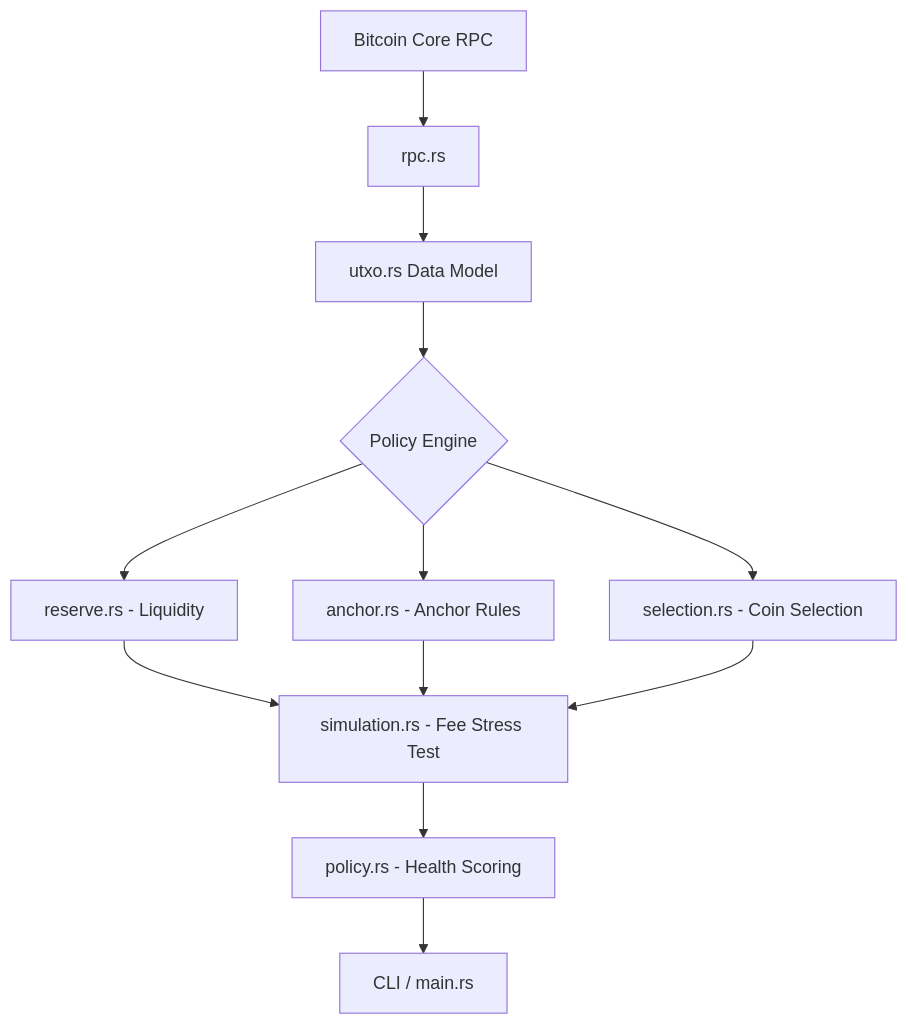
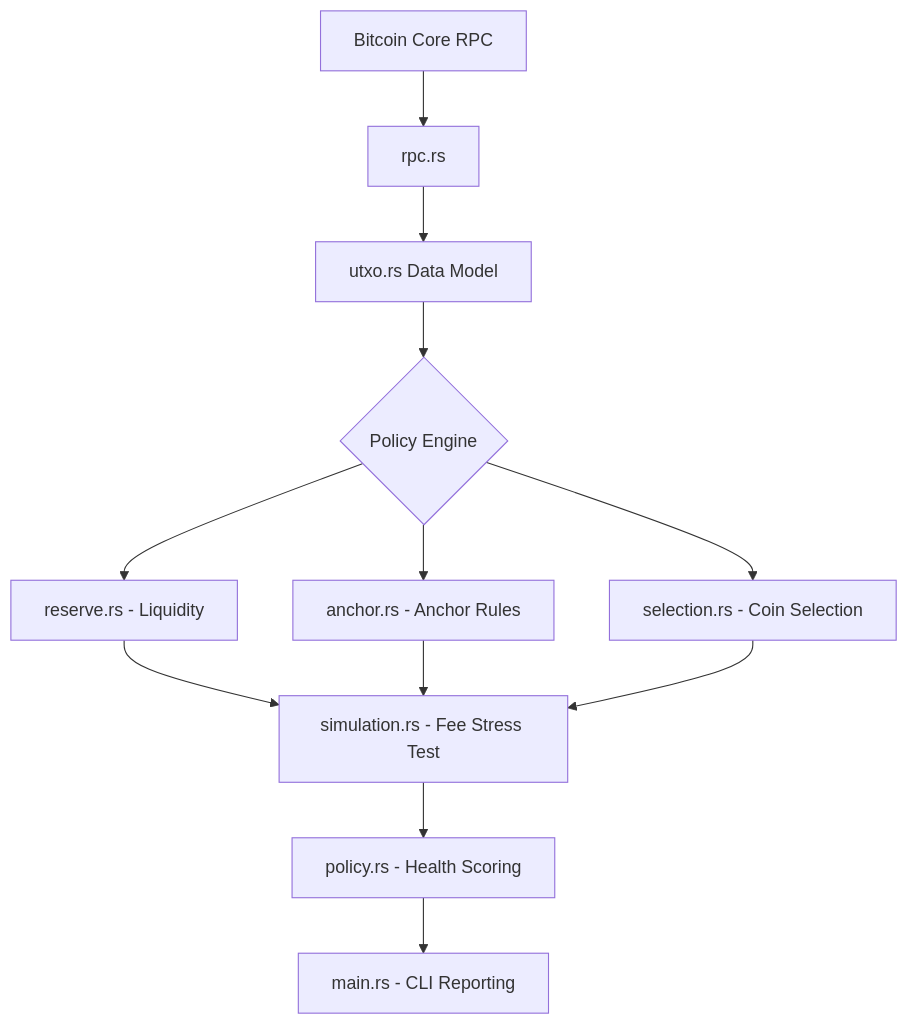
The diagram in README.md (Ugarba202/Lightning-UTXO-Anchor-Manager), drawn with Mermaid before and after one commit. The commit also changed 2 other files, not shown here.

Commit message:
feat: complete LinkedIn post alignment with visual dashboard and risk scoring

````diff
--- a/README.md
+++ b/README.md
@@ -41,12 +41,12 @@
 ```mermaid
 graph TD
     A[Bitcoin Core RPC] --> B[rpc.rs]
     B --> C[utxo.rs Data Model]
     C --> D{Policy Engine}
     D --> E[reserve.rs - Liquidity]
     D --> F[anchor.rs - Anchor Rules]
     D --> G[selection.rs - Coin Selection]
     E & F & G --> H[simulation.rs - Fee Stress Test]
     H --> I[policy.rs - Health Scoring]
-    I --> J[CLI / main.rs]
+    I --> J[main.rs - CLI Reporting]
 ```
````
